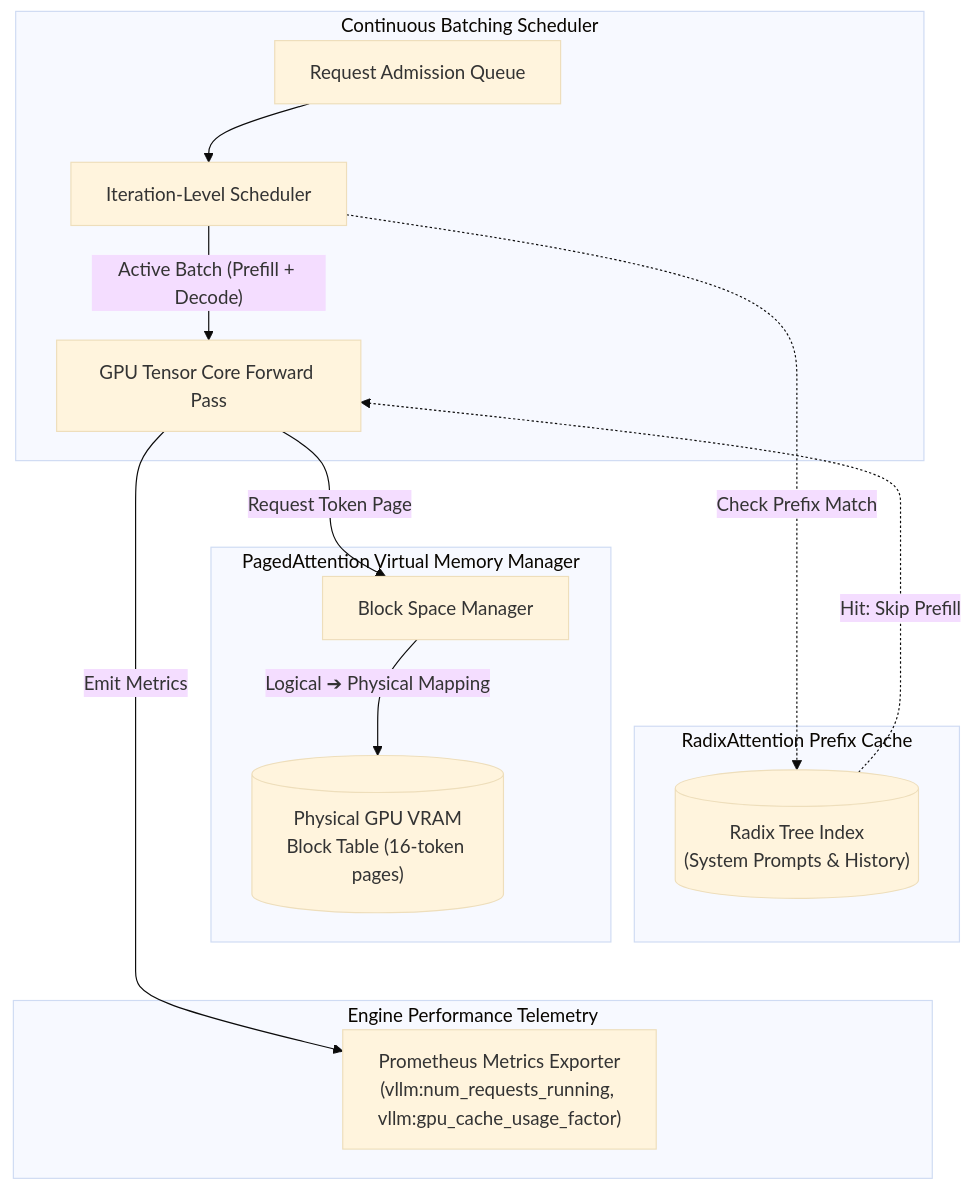
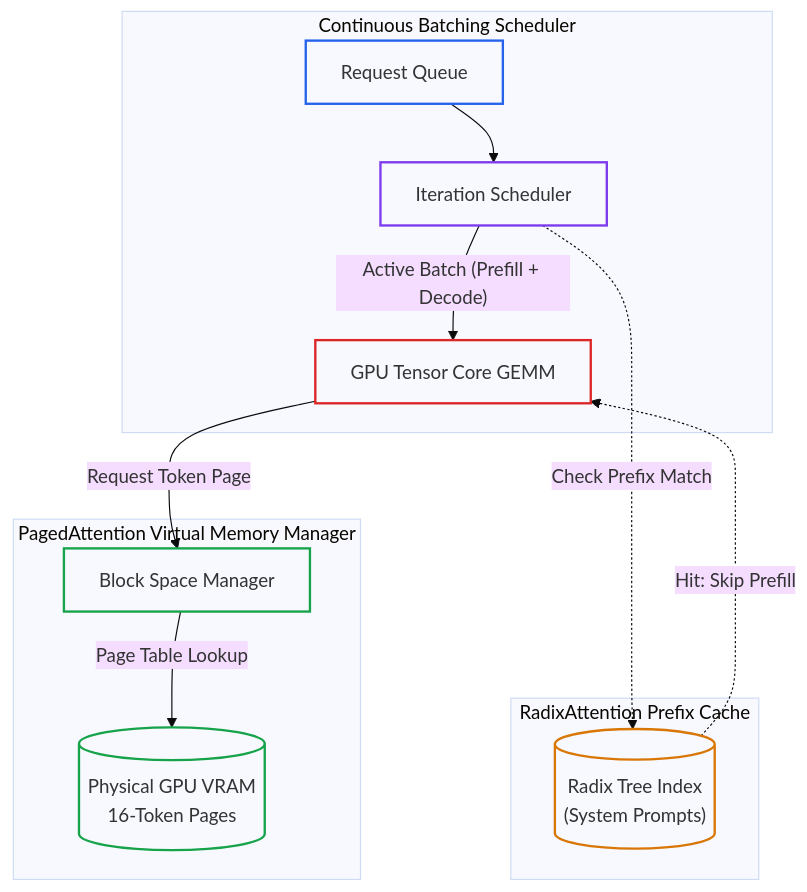
The second of 2 diagrams in 07-production-deployment-and-llmops/04-vllm-continuous-batching-and-radixattention.md (dip4k/senior-engineer-to-ai-engineer-roadmap), drawn with Mermaid (base theme) before and after one commit. The commit also changed other lines of this file and 49 other files, not shown here.

First line of the commit message:
feat(curriculum): complete 2026 refactoring across roadmaps, use-cases, labs, and agent-forge

````diff
--- a/07-production-deployment-and-llmops/04-vllm-continuous-batching-and-radixattention.md
+++ b/07-production-deployment-and-llmops/04-vllm-continuous-batching-and-radixattention.md
@@ -261,25 +319,27 @@
 ```mermaid
 flowchart TD
     subgraph Scheduler["Continuous Batching Scheduler"]
-        Admission["Request Admission Queue"] --> SchedulerEngine["Iteration-Level Scheduler"]
-        SchedulerEngine -->|"Active Batch (Prefill + Decode)"| ForwardPass["GPU Tensor Core Forward Pass"]
+        Admission["Request Queue"] --> BatchLoop["Iteration Scheduler"]
+        BatchLoop -->|"Active Batch (Prefill + Decode)"| ForwardPass["GPU Tensor Core GEMM"]
     end
 
     subgraph MemoryMgmt["PagedAttention Virtual Memory Manager"]
         ForwardPass -->|"Request Token Page"| BlockMgr["Block Space Manager"]
-        BlockMgr -->|"Logical ➔ Physical Mapping"| PageTable[("Physical GPU VRAM<br/>Block Table (16-token pages)")]
+        BlockMgr -->|"Page Table Lookup"| PageTable[("Physical GPU VRAM<br/>16-Token Pages")]
     end
 
     subgraph PrefixTree["RadixAttention Prefix Cache"]
-        SchedulerEngine -.->|"Check Prefix Match"| Trie[("Radix Tree Index<br/>(System Prompts & History)")]
+        BatchLoop -.->|"Check Prefix Match"| Trie[("Radix Tree Index<br/>(System Prompts)")]
         Trie -.->|"Hit: Skip Prefill"| ForwardPass
-    end
-
-    subgraph Telemetry["Engine Performance Telemetry"]
-        ForwardPass -->|"Emit Metrics"| Exporter["Prometheus Metrics Exporter<br/>(vllm:num_requests_running, vllm:gpu_cache_usage_factor)"]
     end
 
     Scheduler ~~~ MemoryMgmt
     MemoryMgmt ~~~ PrefixTree
-    PrefixTree ~~~ Telemetry
+
+    style Admission stroke:#2563eb,stroke-width:2px,fill:none
+    style BatchLoop stroke:#7c3aed,stroke-width:2px,fill:none
+    style ForwardPass stroke:#dc2626,stroke-width:2px,fill:none
+    style BlockMgr stroke:#16a34a,stroke-width:2px,fill:none
+    style PageTable stroke:#16a34a,stroke-width:2px,fill:none
+    style Trie stroke:#d97706,stroke-width:2px,fill:none
 ```
````
